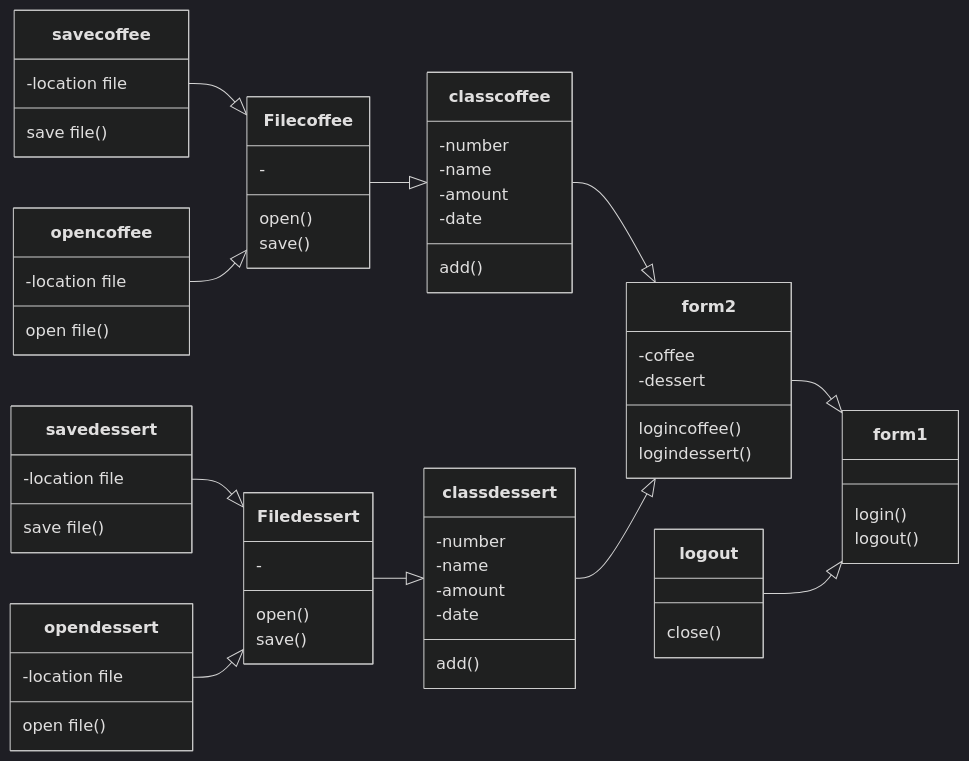
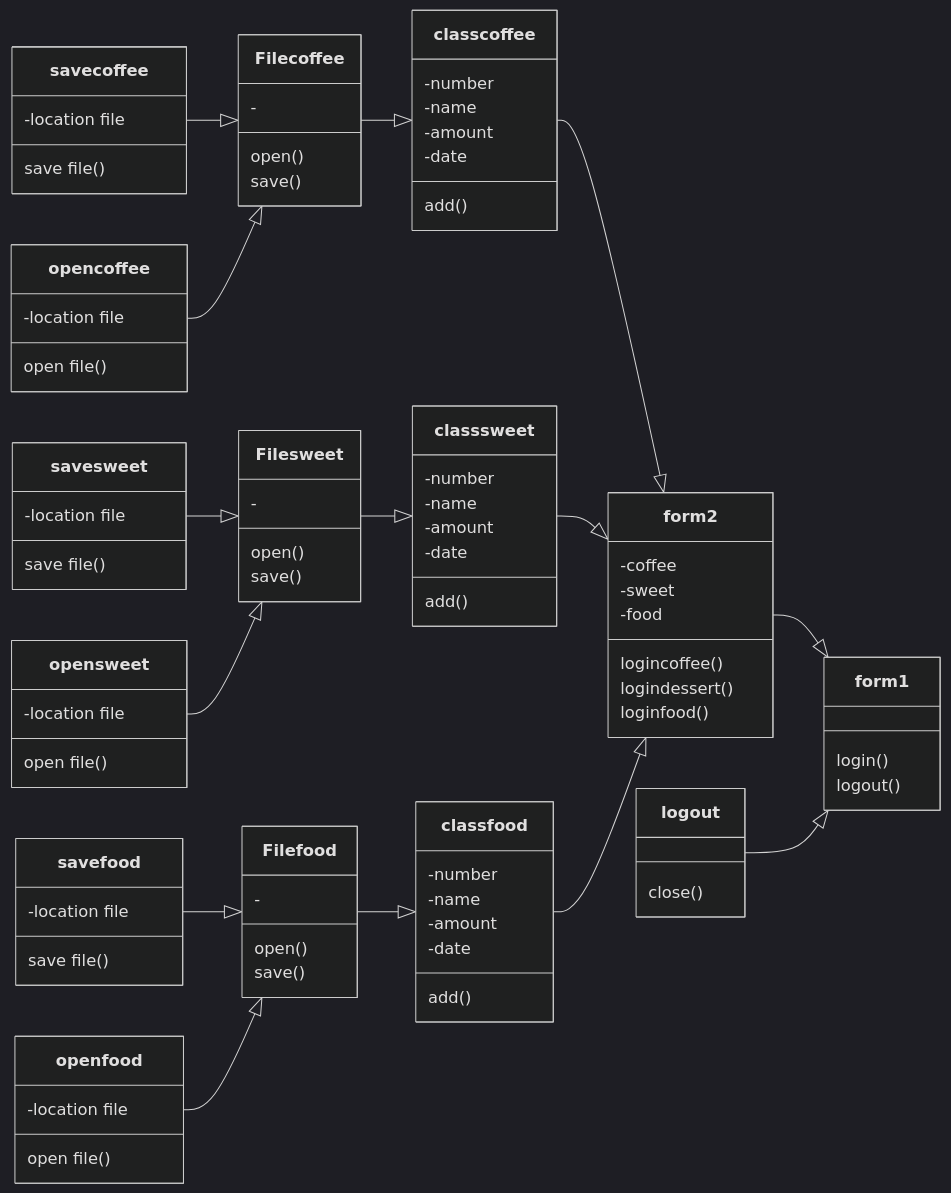
Before and after one commit to Syxsaran/Report: the diagram in README.md, drawn with Mermaid (dark theme). The commit also changed other lines of this file, not shown here.

```diff
--- a/README.md
+++ b/README.md
@@ -20,9 +21,11 @@
   }
   class form2{
   -coffee
-  -dessert
+  -sweet
+  -food
   logincoffee()
   logindessert()
+  loginfood()
   }
   class classcoffee{
   -number
@@ -31,7 +34,14 @@
   -date
   add()
   }
-  class classdessert{
+  class classsweet{
+  -number
+  -name
+  -amount
+  -date
+  add()
+  }
+  class classfood{
   -number
   -name
   -amount
@@ -43,16 +53,21 @@
   open()
   save()
   }
-  class Filedessert{
+  class Filesweet{
   -
   open()
   save()
   }
-  class opendessert{
+  class Filefood{
+  -
+  open()
+  save()
+  }
+  class opensweet{
   -location file
   open file()
   }
-  class savedessert{
+  class savesweet{
   -location file
   save file()
   }
@@ -64,17 +79,32 @@
   -location file
   save file()
   }
+  class openfood{
+  -location file
+  open file()
+  }
+  class savefood{
+  -location file
+  save file()
+  }
+  
+  savefood --|> Filefood
+  openfood --|> Filefood
+  
   savecoffee --|> Filecoffee
   opencoffee --|> Filecoffee
   
-  savedessert --|> Filedessert
-  opendessert --|> Filedessert
+  savesweet --|> Filesweet
+  opensweet --|> Filesweet
   
-  Filedessert --|> classdessert
+  Filesweet --|> classsweet
   Filecoffee --|> classcoffee
+  Filefood --|> classfood
   
   classcoffee --|> form2
-  classdessert --|> form2
+  classsweet --|> form2
+  classfood --|> form2
+
   
   form2 --|> form1
   logout --|> form1
```
